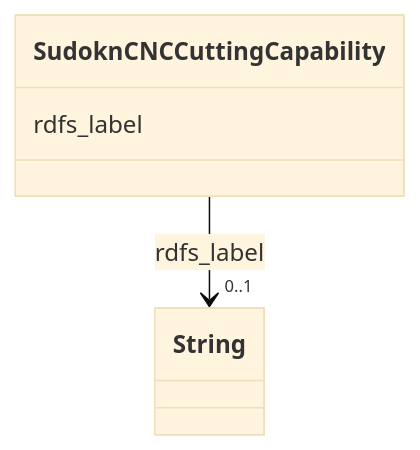
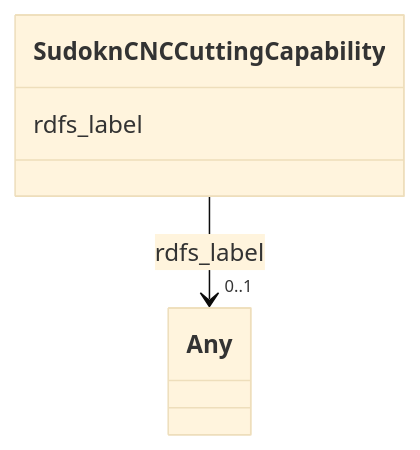
The diagram in sudokn-kg/classes/SudoknCNCCuttingCapability.md (frink-okn/graph-descriptions), drawn with Mermaid (base theme) before and after one commit. The commit also changed other lines of this file and 903 other files, not shown here.

````diff
--- a/sudokn-kg/classes/SudoknCNCCuttingCapability.md
+++ b/sudokn-kg/classes/SudoknCNCCuttingCapability.md
@@ -23,15 +18,15 @@
 ```mermaid
  classDiagram
     class SudoknCNCCuttingCapability
     click SudoknCNCCuttingCapability href "../SudoknCNCCuttingCapability"
       SudoknCNCCuttingCapability : rdfs_label
         
           
     
     
-    SudoknCNCCuttingCapability --> "0..1" String : rdfs_label
-    click String href "../String"
+    SudoknCNCCuttingCapability --> "0..1" Any : rdfs_label
+    click Any href "../Any"
 
         
       
 ```
````
